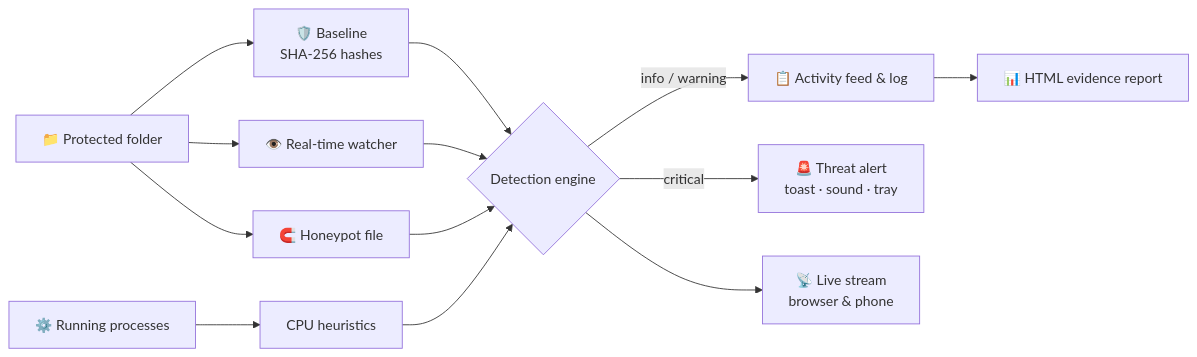
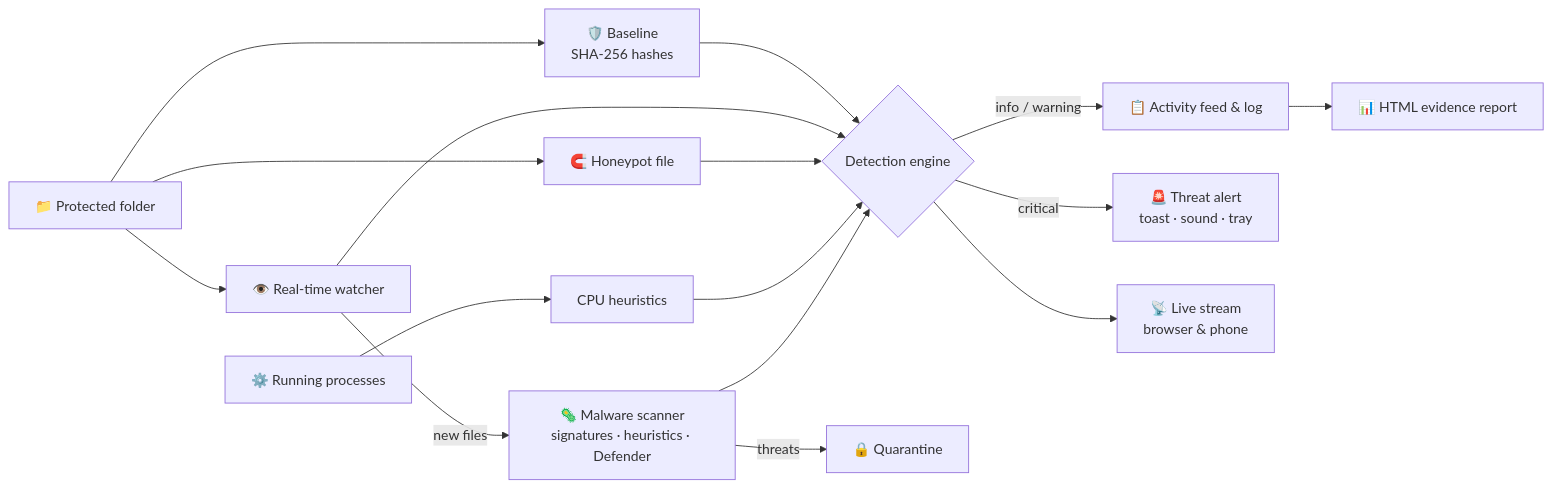
The diagram in README.md (kirangautham-82899/SecureVault-Ransomware-Detection-Prevention-System), drawn with Mermaid before and after one commit. The commit also changed other lines of this file and 11 other files, not shown here.

First line of the commit message:
Add antivirus scanner with quarantine and on-access scanning

````diff
--- a/README.md
+++ b/README.md
@@ -191,17 +258,20 @@
 ```mermaid
 flowchart LR
     A[📁 Protected folder] --> B[🛡️ Baseline<br/>SHA-256 hashes]
     A --> C[👁️ Real-time watcher]
     A --> D[🧲 Honeypot file]
     E[⚙️ Running processes] --> F[CPU heuristics]
+    C -->|new files| S[🦠 Malware scanner<br/>signatures · heuristics · Defender]
 
     B --> G{Detection engine}
     C --> G
     D --> G
     F --> G
+    S --> G
+    S -->|threats| Q[🔒 Quarantine]
 
     G -->|info / warning| H[📋 Activity feed & log]
     G -->|critical| I[🚨 Threat alert<br/>toast · sound · tray]
     H --> J[📊 HTML evidence report]
     G --> K[📡 Live stream<br/>browser & phone]
 ```
````
